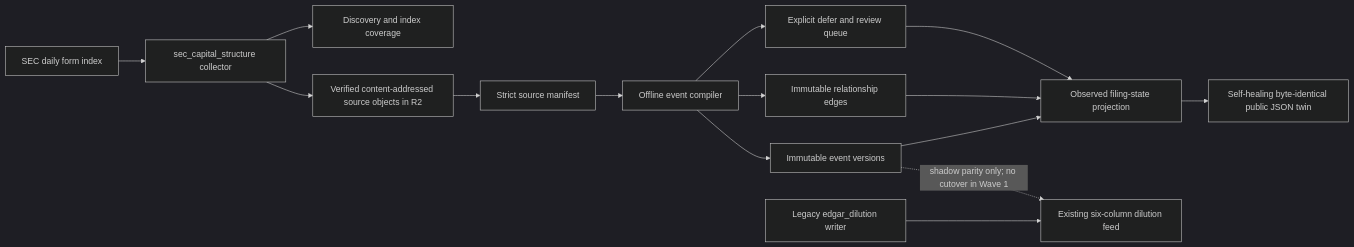
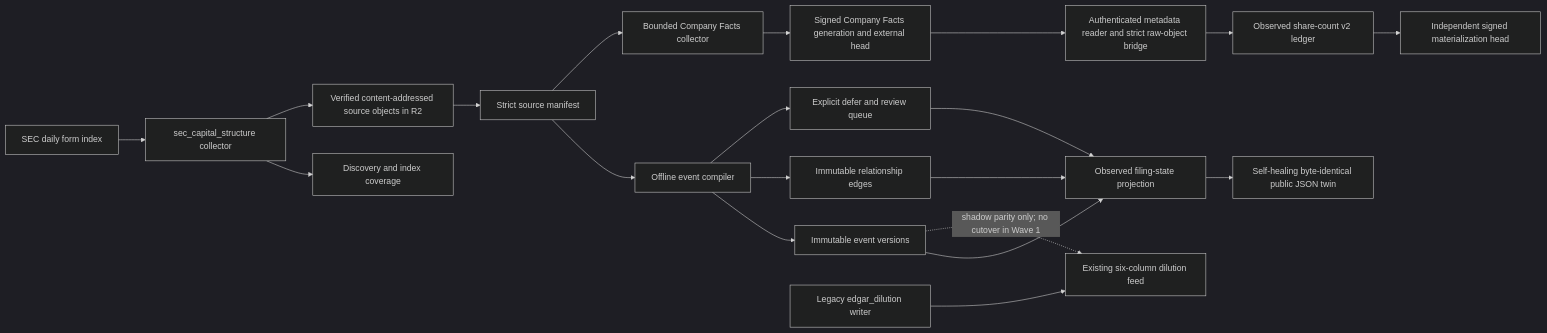
One commit to chriswong6031-creator/macro changed the diagram in docs/CAPITAL_STRUCTURE_INTELLIGENCE_CONTRACT.md. Above: the diagram before and after it, drawn with Mermaid (dark theme). The commit also changed other lines of this file and 33 other files, not shown here.

Commit message:
feat(capital-structure): add authenticated share-count substrate

````diff
--- a/docs/CAPITAL_STRUCTURE_INTELLIGENCE_CONTRACT.md
+++ b/docs/CAPITAL_STRUCTURE_INTELLIGENCE_CONTRACT.md
@@ -23,17 +24,22 @@
 ```mermaid
 flowchart LR
   A["SEC daily form index"] --> B["sec_capital_structure collector"]
   B --> C["Discovery and index coverage"]
   B --> D["Verified content-addressed source objects in R2"]
   D --> E["Strict source manifest"]
   E --> F["Offline event compiler"]
   F --> G["Immutable event versions"]
   F --> H["Immutable relationship edges"]
   F --> I["Explicit defer and review queue"]
   G --> L["Observed filing-state projection"]
   H --> L
   I --> L
   L --> M["Self-healing byte-identical public JSON twin"]
+  E --> N["Bounded Company Facts collector"]
+  N --> O["Signed Company Facts generation and external head"]
+  O --> P["Authenticated metadata reader and strict raw-object bridge"]
+  P --> Q["Observed share-count v2 ledger"]
+  Q --> R["Independent signed materialization head"]
   J["Legacy edgar_dilution writer"] --> K["Existing six-column dilution feed"]
   G -. "shadow parity only; no cutover in Wave 1" .-> K
 ```
````
